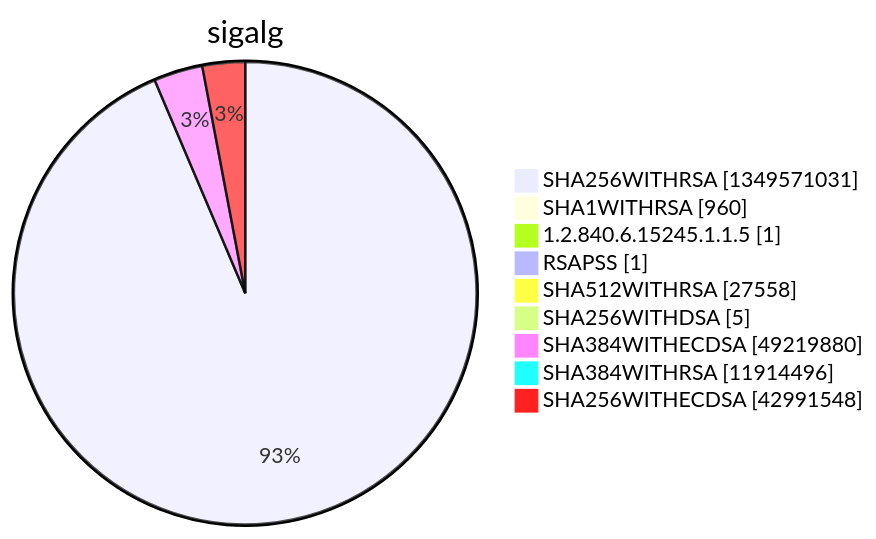
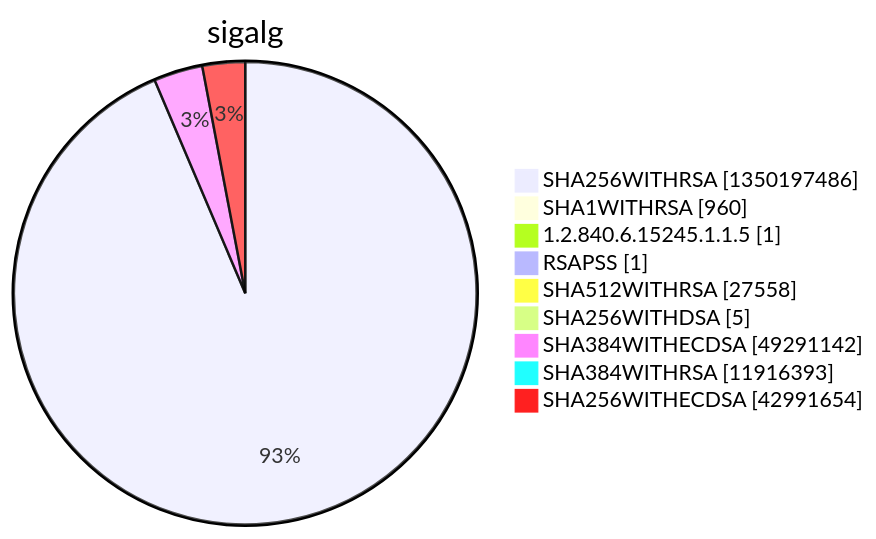
One commit to christiankrug/ctmonitor_visualization changed diagram 15 of 15 in argon2022/README.md. Above: the diagram before and after it, drawn with Mermaid. The commit also changed other lines of this file, not shown here.

````diff
--- a/argon2022/README.md
+++ b/argon2022/README.md
@@ -5524,13 +5524,13 @@
 ```mermaid
 pie showData
 title sigalg
-"SHA256WITHRSA" :1349571031
+"SHA256WITHRSA" :1350197486
 "SHA1WITHRSA" :960
 "1.2.840.6.15245.1.1.5" :1
 "RSAPSS" :1
 "SHA512WITHRSA" :27558
 "SHA256WITHDSA" :5
-"SHA384WITHECDSA" :49219880
-"SHA384WITHRSA" :11914496
-"SHA256WITHECDSA" :42991548
+"SHA384WITHECDSA" :49291142
+"SHA384WITHRSA" :11916393
+"SHA256WITHECDSA" :42991654
 ```
````
